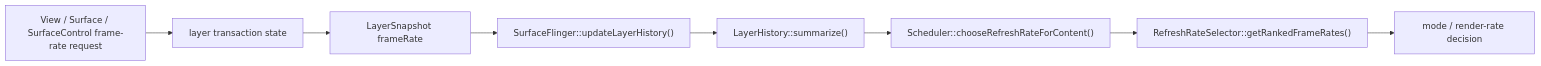
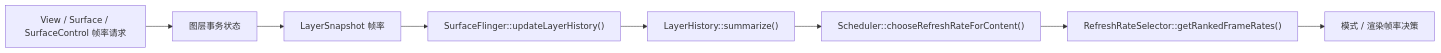
The fourth of 4 diagrams in src/part1-fundamentals/ch02-rendering/23-vsync-scheduler-displayframerate.md (Gracker/android-internals-wiki), drawn with Mermaid before and after one commit. The commit also changed other lines of this file and 4 other files, not shown here.

````diff
--- a/src/part1-fundamentals/ch02-rendering/23-vsync-scheduler-displayframerate.md
+++ b/src/part1-fundamentals/ch02-rendering/23-vsync-scheduler-displayframerate.md
@@ -299,10 +299,10 @@
 ```mermaid
 flowchart LR
-    API["View / Surface / SurfaceControl frame-rate request"] --> TX["layer transaction state"]
-    TX --> SNAP["LayerSnapshot frameRate"]
+    API["View / Surface / SurfaceControl 帧率请求"] --> TX["图层事务状态"]
+    TX --> SNAP["LayerSnapshot 帧率"]
     SNAP --> HIST["SurfaceFlinger::updateLayerHistory()"]
     HIST --> SUM["LayerHistory::summarize()"]
     SUM --> CHOOSE["Scheduler::chooseRefreshRateForContent()"]
     CHOOSE --> RRS["RefreshRateSelector::getRankedFrameRates()"]
-    RRS --> DECISION["mode / render-rate decision"]
+    RRS --> DECISION["模式 / 渲染帧率决策"]
 ```
````
